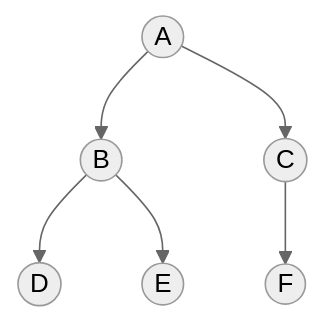
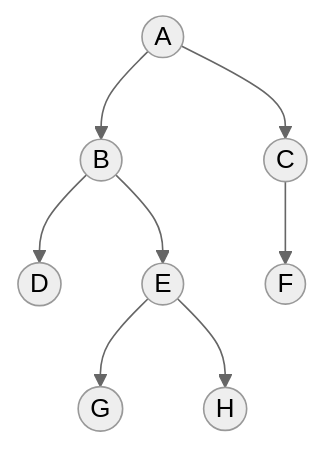
One commit to waimea-dt/how-do-i changed the first of 3 diagrams in docs/programming/algorithms/trees.md. Above: the diagram before and after it, drawn with Mermaid (neutral theme). The commit also changed other lines of this file and 10 other files, not shown here.

Commit message:
More pseudo and mermaid tweaks, plus tree notes

````diff
--- a/docs/programming/algorithms/trees.md
+++ b/docs/programming/algorithms/trees.md
@@ -5,8 +5,10 @@
 ```mermaid
 flowchart TD
     A((A)) --> B((B))
     A --> C((C))
     B --> D((D))
     B --> E((E))
     C --> F((F))
+    E --> G((G))
+    E --> H((H))
 ```
````
